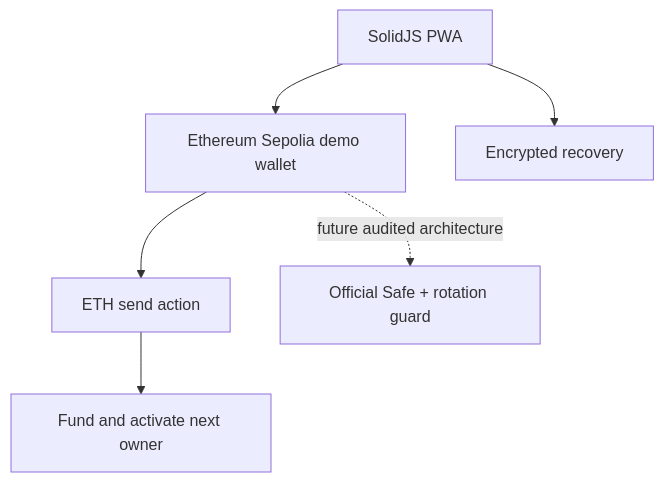
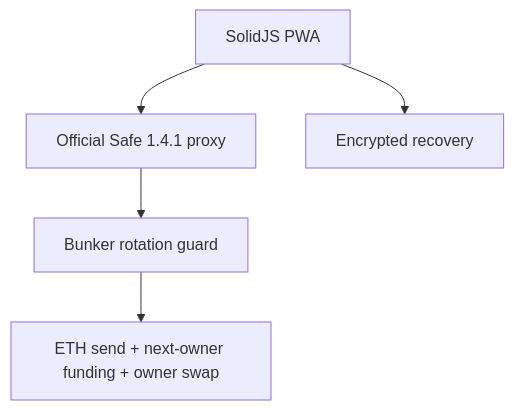
Before and after one commit to SilentCicero/bunker-wallet: the second of 2 diagrams in README.md, drawn with Mermaid. The commit also changed other lines of this file and 28 other files, not shown here.

Commit message:
Run the Sepolia option on Safe

````diff
--- a/README.md
+++ b/README.md
@@ -50,8 +50,7 @@
 ```mermaid
 flowchart TB
-  PWA[SolidJS PWA] --> D[Ethereum Sepolia demo wallet]
-  D --> A[ETH send action]
-  A --> K[Fund and activate next owner]
+  PWA[SolidJS PWA] --> S[Official Safe 1.4.1 proxy]
+  S --> G[Bunker rotation guard]
+  G --> A[ETH send + next-owner funding + owner swap]
   PWA --> V[Encrypted recovery]
-  D -. future audited architecture .-> S[Official Safe + rotation guard]
 ```
````
